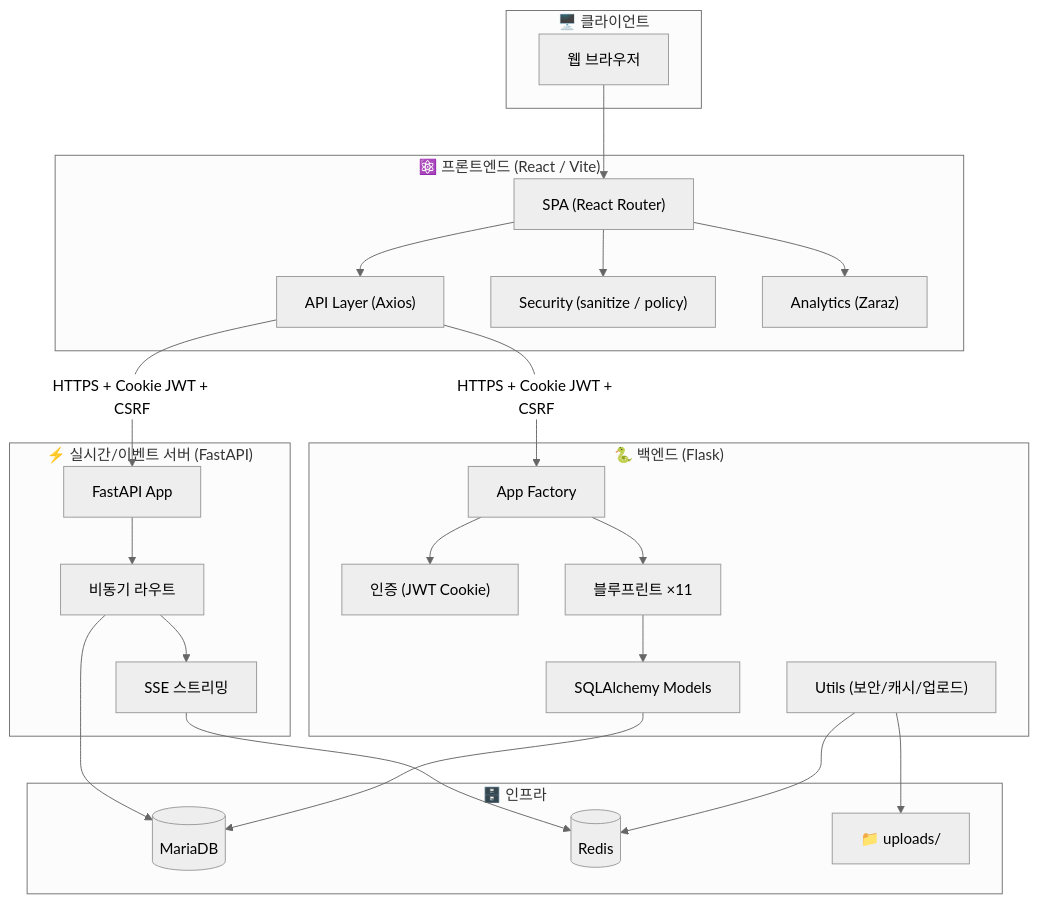
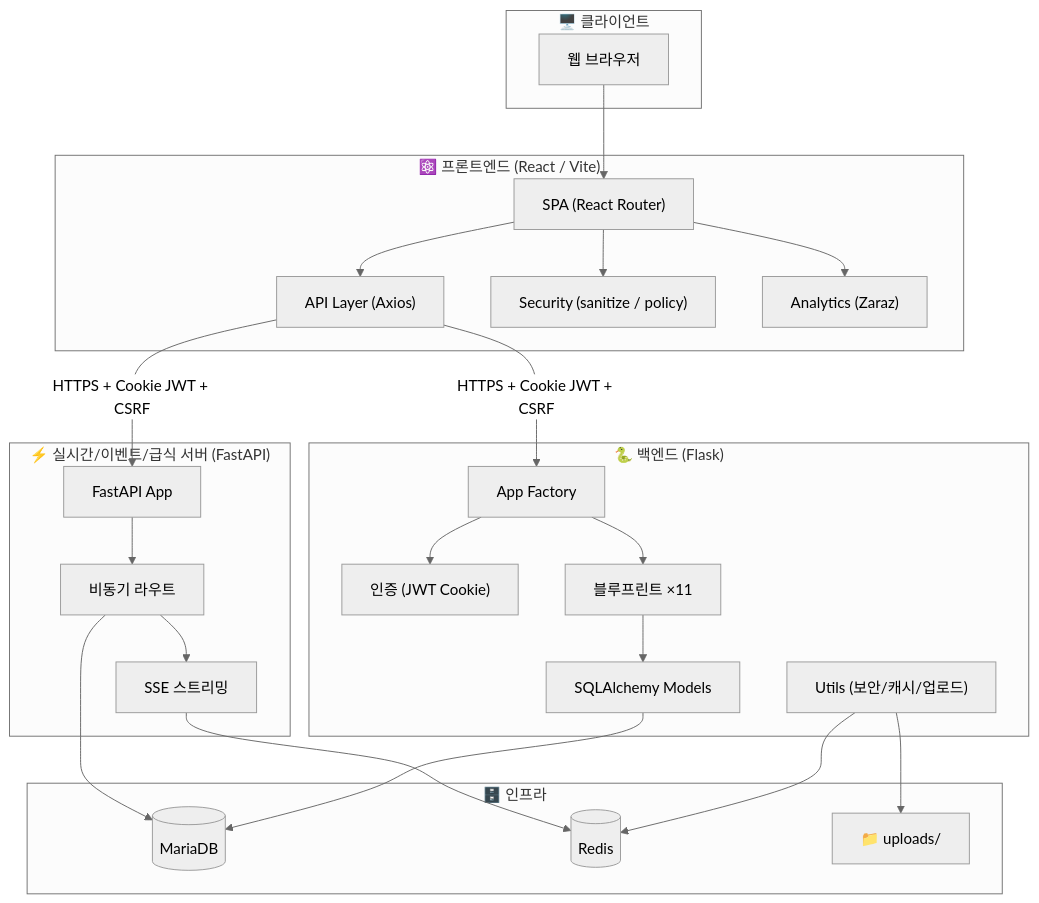
The diagram in README.md (hanjm-github/beomseo.in), drawn with Mermaid (neutral theme) before and after one commit. The commit also changed other lines of this file and 30 other files, not shown here.

````diff
--- a/README.md
+++ b/README.md
@@ -161,50 +161,50 @@
 ```mermaid
 flowchart TB
     subgraph Client["🖥️ 클라이언트"]
         Browser["웹 브라우저"]
     end
 
     subgraph Frontend["⚛️ 프론트엔드 (React / Vite)"]
         SPA["SPA (React Router)"]
         API_Layer["API Layer (Axios)"]
         Security["Security (sanitize / policy)"]
         Analytics["Analytics (Zaraz)"]
     end
 
     subgraph Backend["🐍 백엔드 (Flask)"]
         App["App Factory"]
         Auth["인증 (JWT Cookie)"]
         Routes["블루프린트 ×11"]
         Models["SQLAlchemy Models"]
         Utils["Utils (보안/캐시/업로드)"]
     end
 
-    subgraph FastAPIServer["⚡ 실시간/이벤트 서버 (FastAPI)"]
+    subgraph FastAPIServer["⚡ 실시간/이벤트/급식 서버 (FastAPI)"]
         FastApp["FastAPI App"]
         AsyncRoutes["비동기 라우트"]
         SSE["SSE 스트리밍"]
     end
 
     subgraph Infra["🗄️ 인프라"]
         MariaDB[("MariaDB")]
         Redis[("Redis")]
         Uploads["📁 uploads/"]
     end
 
     Browser --> SPA
     SPA --> API_Layer
     API_Layer -->|"HTTPS + Cookie JWT + CSRF"| App
     API_Layer -->|"HTTPS + Cookie JWT + CSRF"| FastApp
     App --> Auth
     App --> Routes
     Routes --> Models
     FastApp --> AsyncRoutes
     AsyncRoutes --> SSE
     Models --> MariaDB
     AsyncRoutes --> MariaDB
     Utils --> Redis
     Utils --> Uploads
     SSE --> Redis
     SPA --> Security
     SPA --> Analytics
 ```
````
